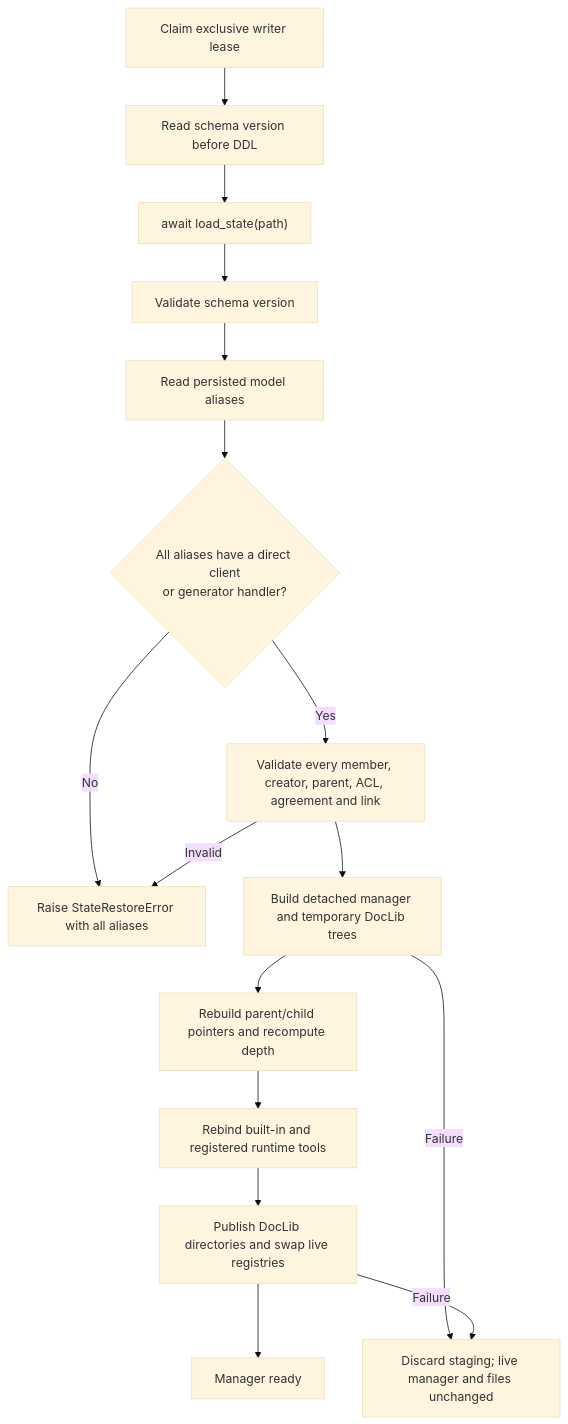
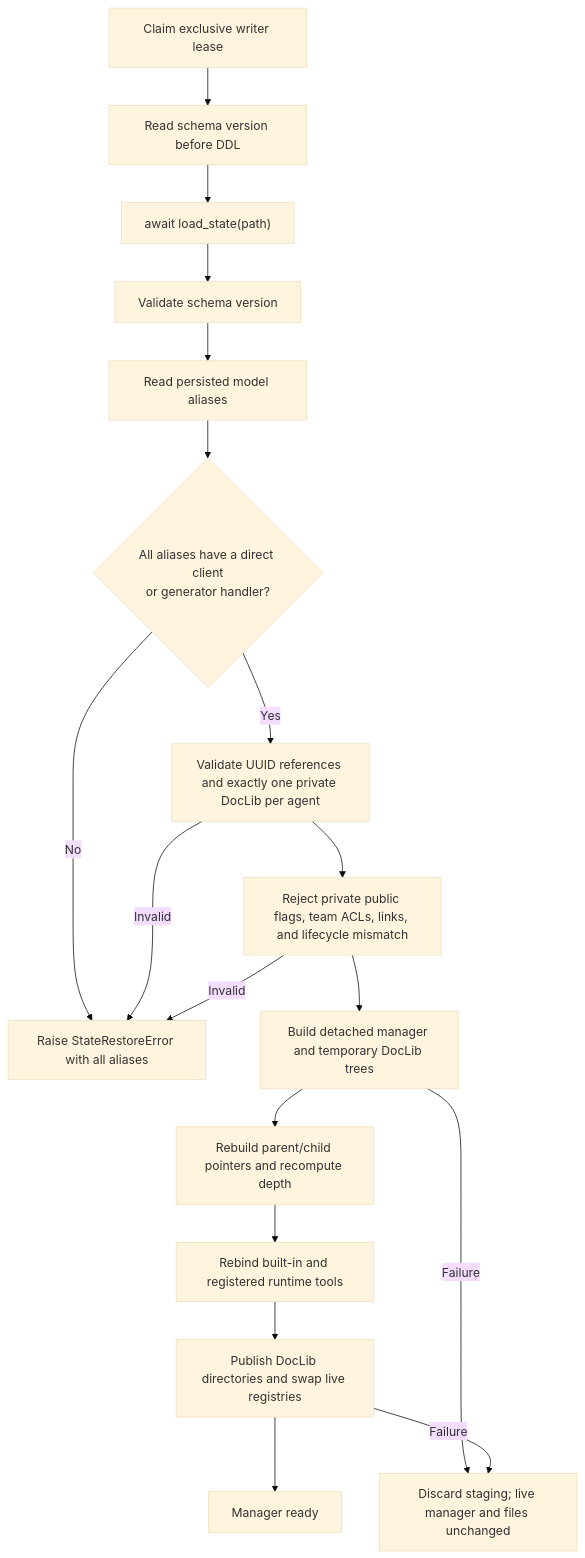
One commit to AI-Team-Team/AI-Team-Team changed the second of 2 diagrams in docs/flowcharts/State_Persistence.md. Above: the diagram before and after it, drawn with Mermaid (base theme). The commit also changed other lines of this file and 31 other files, not shown here.

First line of the commit message:
feat(core)!: add persistent private agent workspaces

````diff
--- a/docs/flowcharts/State_Persistence.md
+++ b/docs/flowcharts/State_Persistence.md
@@ -19,18 +19,20 @@
 ```mermaid
 flowchart TD
     Open["Claim exclusive writer lease"] --> Preflight["Read schema version before DDL"]
     Preflight --> Load["await load_state(path)"]
     Load --> Version["Validate schema version"]
     Version --> Aliases["Read persisted model aliases"]
     Aliases --> Bindings{"All aliases have a direct client\nor generator handler?"}
     Bindings -- "No" --> Error["Raise StateRestoreError with all aliases"]
-    Bindings -- "Yes" --> Validate["Validate every member, creator, parent, ACL, agreement and link"]
-    Validate --> Stage["Build detached manager and temporary DocLib trees"]
+    Bindings -- "Yes" --> Validate["Validate UUID references and exactly one private DocLib per agent"]
+    Validate --> Privacy["Reject private public flags, team ACLs, links, and lifecycle mismatch"]
+    Privacy --> Stage["Build detached manager and temporary DocLib trees"]
     Stage --> Pointers["Rebuild parent/child pointers and recompute depth"]
     Pointers --> Runtime["Rebind built-in and registered runtime tools"]
     Runtime --> Publish["Publish DocLib directories and swap live registries"]
     Publish --> Ready["Manager ready"]
     Validate -- "Invalid" --> Error
+    Privacy -- "Invalid" --> Error
     Stage -- "Failure" --> Rollback["Discard staging; live manager and files unchanged"]
     Publish -- "Failure" --> Rollback
 ```
````
